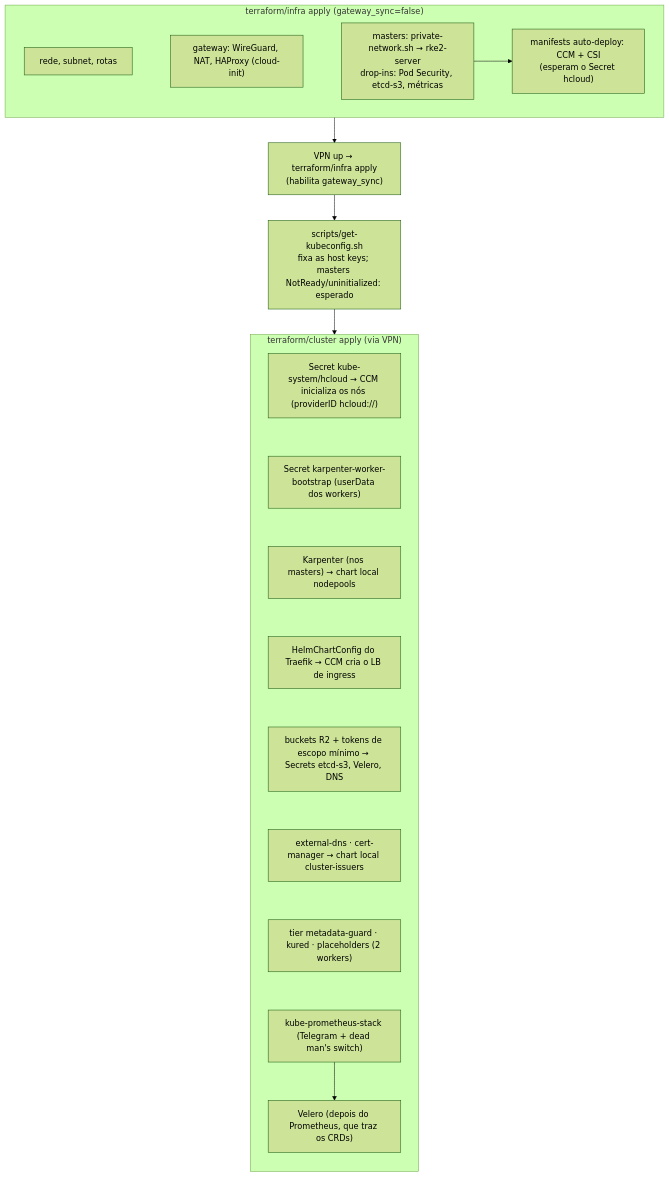
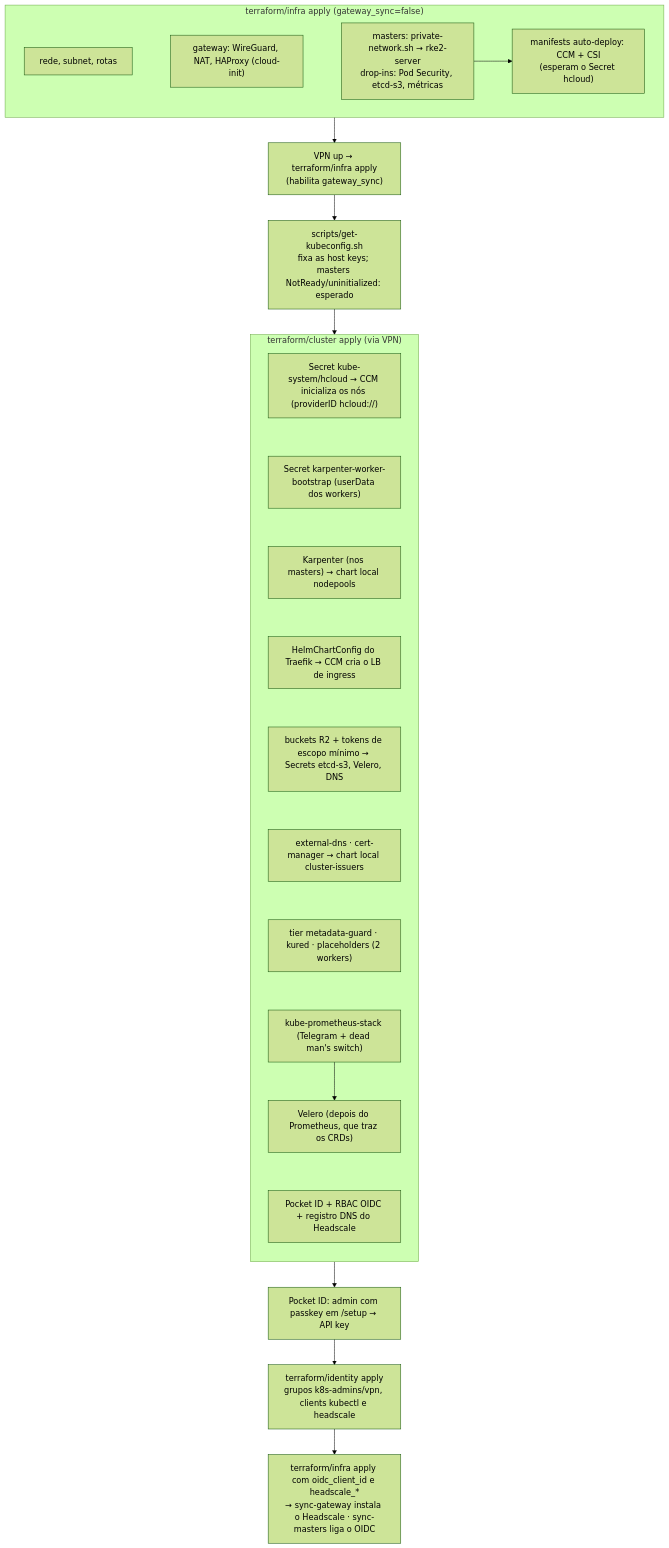
Before and after one commit to reginaldosousa/hetzner-rke2-terraform: the sixth of 6 diagrams in docs/architecture.md, drawn with Mermaid (forest theme). The commit also changed other lines of this file and 8 other files, not shown here.

First line of the commit message:
docs: catch up README and docs with Pocket ID, identity root and Headscale

````diff
--- a/docs/architecture.md
+++ b/docs/architecture.md
@@ -115,26 +115,30 @@
 ```mermaid
 flowchart TB
     subgraph infra1["terraform/infra apply (gateway_sync=false)"]
         net["rede, subnet, rotas"]
         gw["gateway: WireGuard, NAT, HAProxy (cloud-init)"]
         ms["masters: private-network.sh → rke2-server<br/>drop-ins: Pod Security, etcd-s3, métricas"]
         ccm["manifests auto-deploy: CCM + CSI<br/>(esperam o Secret hcloud)"]
         net ~~~ gw ~~~ ms --> ccm
     end
     infra1 --> vpn["VPN up → terraform/infra apply<br/>(habilita gateway_sync)"]
     vpn --> kc["scripts/get-kubeconfig.sh<br/>fixa as host keys; masters NotReady/uninitialized: esperado"]
     kc --> cluster
     subgraph cluster["terraform/cluster apply (via VPN)"]
         direction TB
         hs["Secret kube-system/hcloud → CCM inicializa os nós (providerID hcloud://)"]
         kb["Secret karpenter-worker-bootstrap (userData dos workers)"]
         kp["Karpenter (nos masters) → chart local nodepools"]
         tr["HelmChartConfig do Traefik → CCM cria o LB de ingress"]
         cfr["buckets R2 + tokens de escopo mínimo → Secrets etcd-s3, Velero, DNS"]
         dns["external-dns · cert-manager → chart local cluster-issuers"]
         sec["tier metadata-guard · kured · placeholders (2 workers)"]
         mon["kube-prometheus-stack (Telegram + dead man's switch)"]
         vel["Velero (depois do Prometheus, que traz os CRDs)"]
-        hs ~~~ kb ~~~ kp ~~~ tr ~~~ cfr ~~~ dns ~~~ sec ~~~ mon --> vel
+        pid["Pocket ID + RBAC OIDC + registro DNS do Headscale"]
+        hs ~~~ kb ~~~ kp ~~~ tr ~~~ cfr ~~~ dns ~~~ sec ~~~ mon --> vel ~~~ pid
     end
+    cluster --> setup["Pocket ID: admin com passkey em /setup → API key"]
+    setup --> ident["terraform/identity apply<br/>grupos k8s-admins/vpn, clients kubectl e headscale"]
+    ident --> infra2["terraform/infra apply com oidc_client_id e headscale_*<br/>→ sync-gateway instala o Headscale · sync-masters liga o OIDC"]
 ```
````
